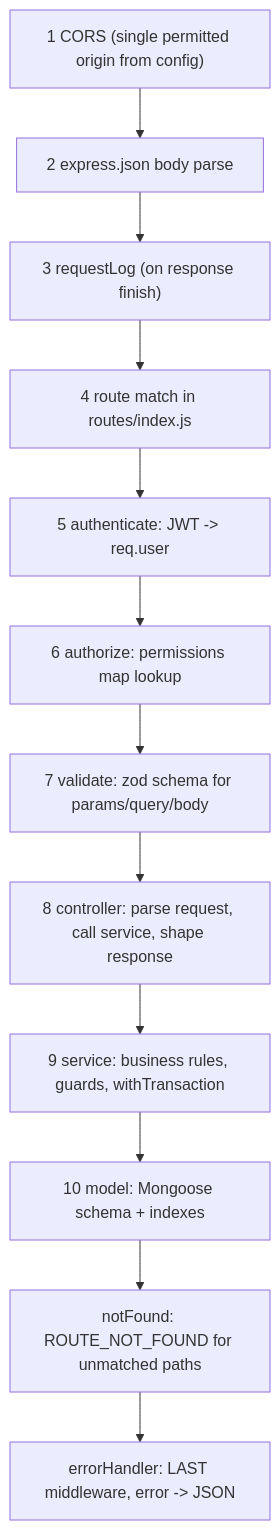
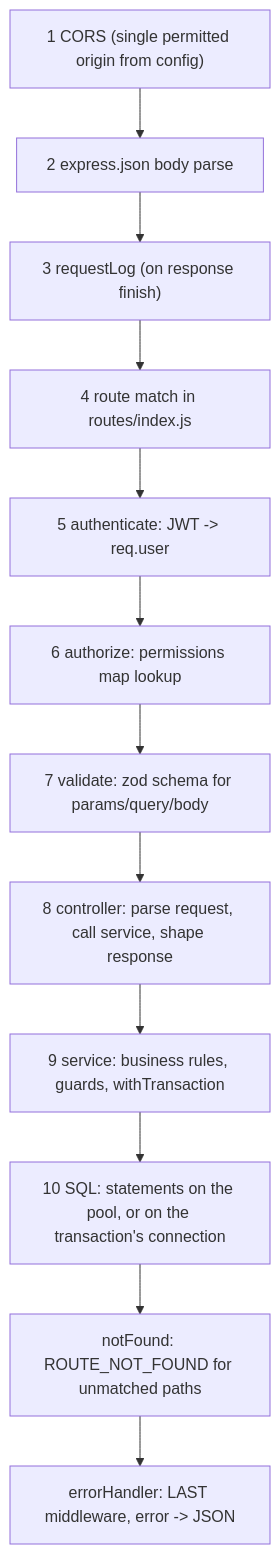
One commit to Varundhyani69/FundsRoomRound2 changed the second of 3 diagrams in .kiro/specs/mini-operations-erp/design.md. Above: the diagram before and after it, drawn with Mermaid. The commit also changed other lines of this file and 10 other files, not shown here.

````diff
--- a/.kiro/specs/mini-operations-erp/design.md
+++ b/.kiro/specs/mini-operations-erp/design.md
@@ -148,14 +162,14 @@
 ```mermaid
 flowchart TD
     A["1 CORS (single permitted origin from config)"] --> B["2 express.json body parse"]
     B --> C["3 requestLog (on response finish)"]
     C --> D["4 route match in routes/index.js"]
     D --> E["5 authenticate: JWT -> req.user"]
     E --> F["6 authorize: permissions map lookup"]
     F --> G["7 validate: zod schema for params/query/body"]
     G --> H["8 controller: parse request, call service, shape response"]
     H --> I["9 service: business rules, guards, withTransaction"]
-    I --> J["10 model: Mongoose schema + indexes"]
+    I --> J["10 SQL: statements on the pool, or on the transaction's connection"]
     J --> K["notFound: ROUTE_NOT_FOUND for unmatched paths"]
     K --> L["errorHandler: LAST middleware, error -> JSON"]
 ```
````
